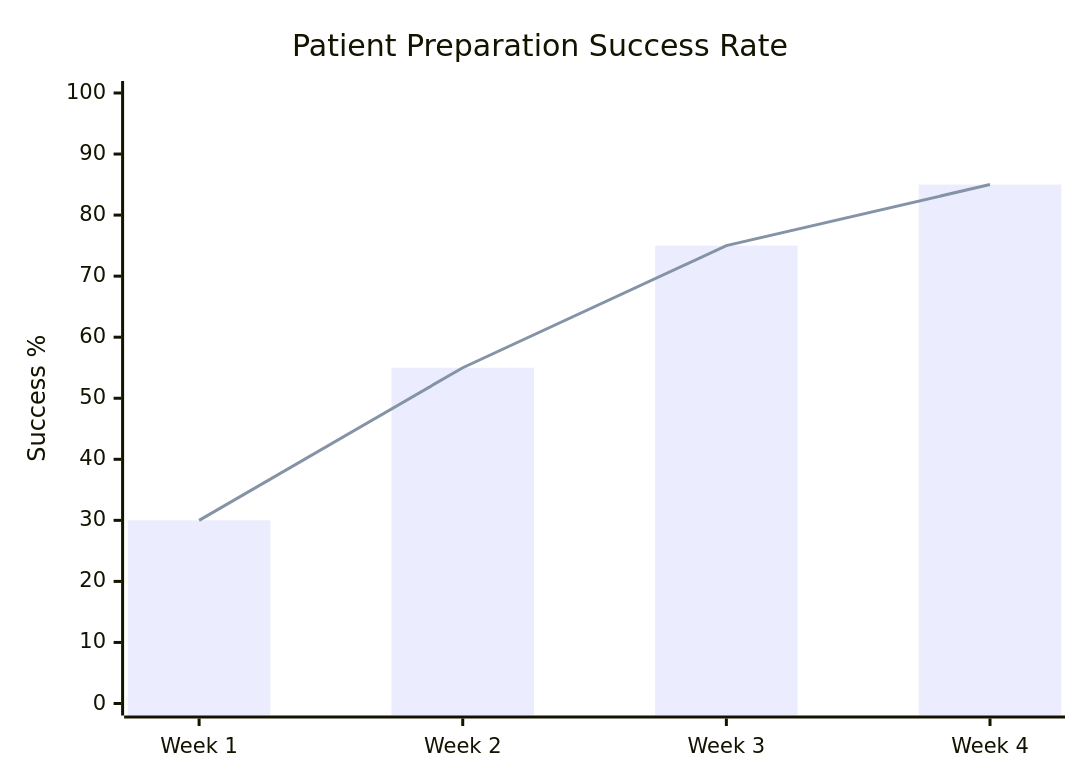
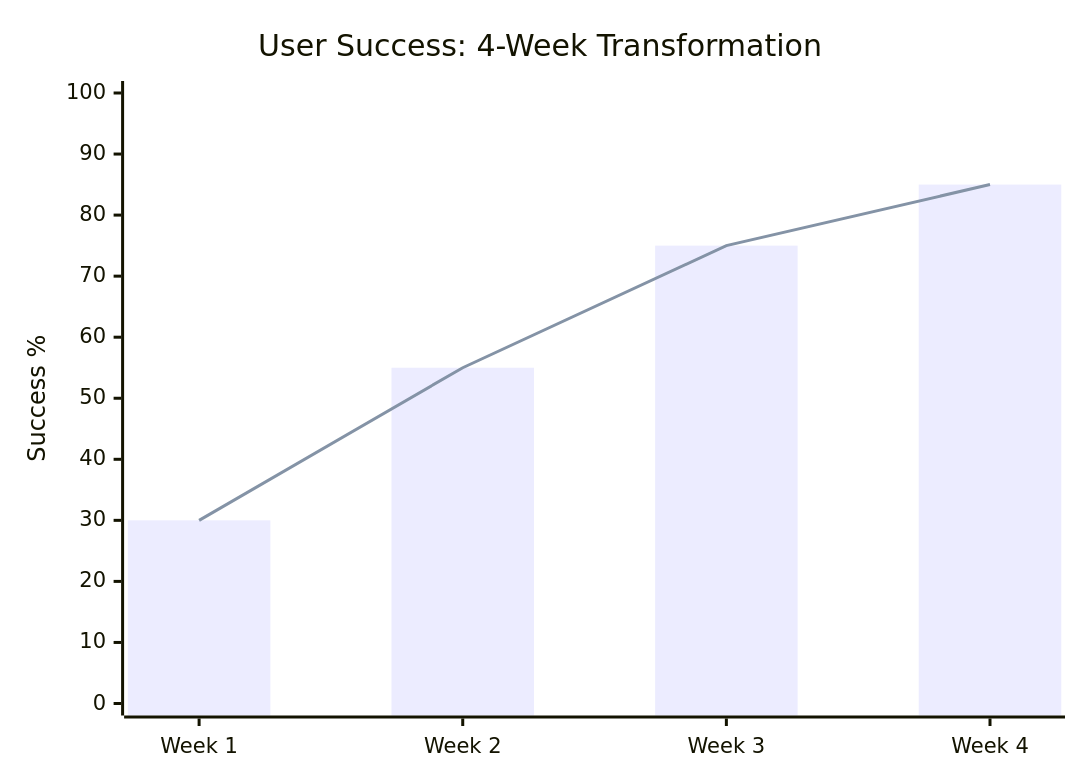
The fourth of 11 diagrams in README.md (Iceman-Dann/Medly), drawn with Mermaid before and after one commit. The commit also changed other lines of this file, not shown here.

````diff
--- a/README.md
+++ b/README.md
@@ -66,8 +63,8 @@
 ```mermaid
 xychart-beta
-    title "Patient Preparation Success Rate"
+    title "User Success: 4-Week Transformation"
     x-axis ["Week 1", "Week 2", "Week 3", "Week 4"]
     y-axis "Success %" 0 --> 100
     bar [30, 55, 75, 85]
     line [30, 55, 75, 85]
 ```
````
